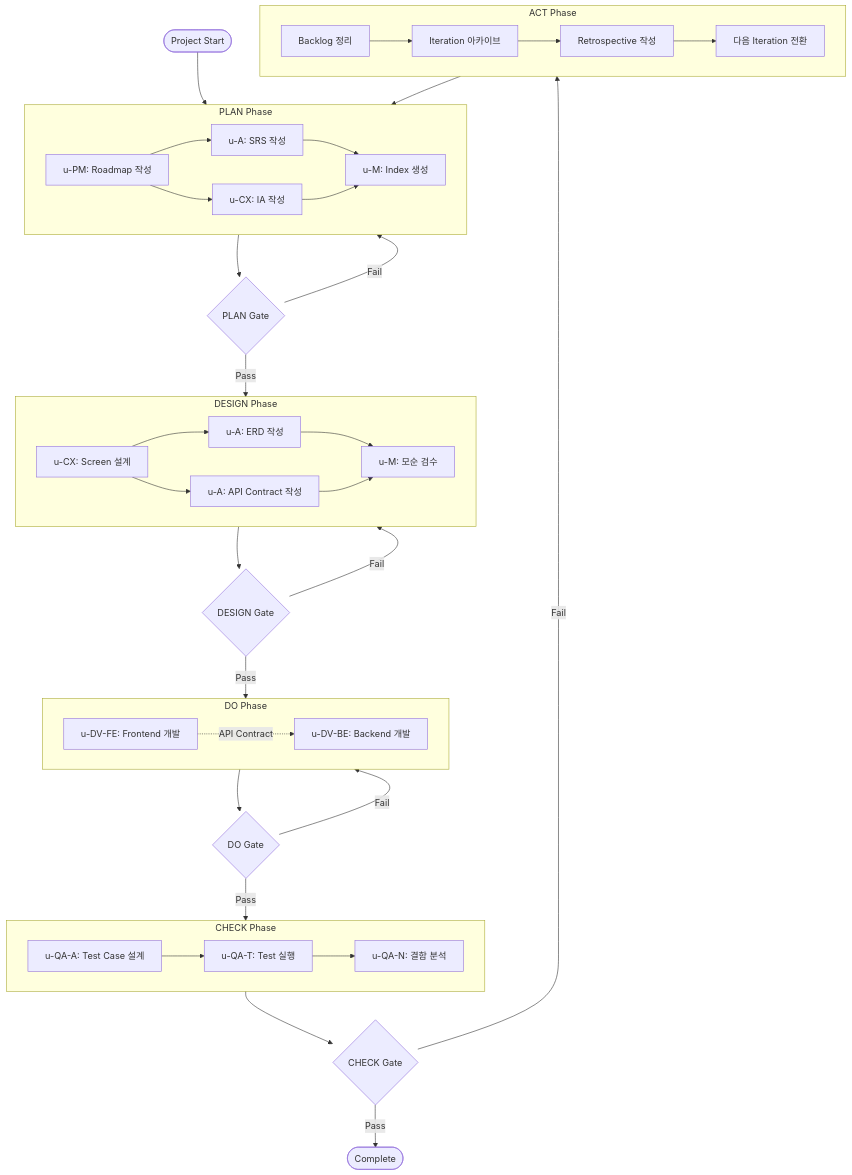
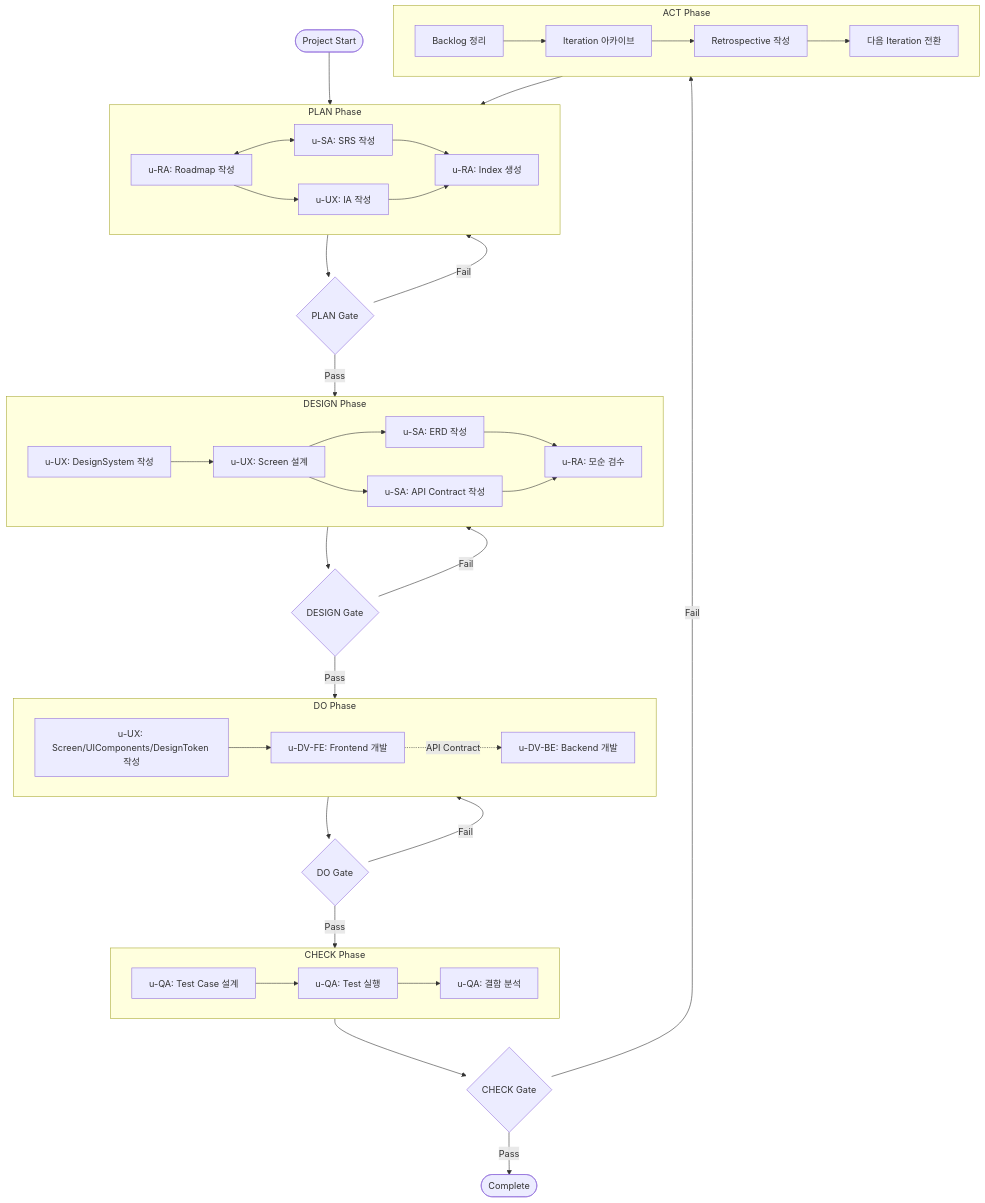
The first of 6 diagrams in references/pdca-workflow.md (upleat-ax/u-maker-plugin), drawn with Mermaid before and after one commit. The commit also changed other lines of this file and 61 other files, not shown here.

````diff
--- a/references/pdca-workflow.md
+++ b/references/pdca-workflow.md
@@ -10,68 +10,72 @@
 ```mermaid
 flowchart TD
     START([Project Start]) --> PLAN
 
     subgraph PLAN["PLAN Phase"]
-        P1[u-PM: Roadmap 작성]
-        P2[u-A: SRS 작성]
-        P3[u-CX: IA 작성]
-        P4[u-M: Index 생성]
-        P1 --> P2
+        P1[u-RA: Roadmap 작성]
+        P2[u-SA: SRS 작성]
+        P3[u-UX: IA 작성]
+        P4[u-RA: Index 생성]
+        P1 <--> P2
         P1 --> P3
         P2 --> P4
         P3 --> P4
     end
 
     PLAN --> GATE1{PLAN Gate}
     GATE1 -->|Pass| DESIGN
     GATE1 -->|Fail| PLAN
 
     subgraph DESIGN["DESIGN Phase"]
-        D1[u-CX: Screen 설계]
-        D2[u-A: ERD 작성]
-        D3[u-A: API Contract 작성]
-        D4[u-M: 모순 검수]
+        D1[u-UX: DesignSystem 작성]
+        D2[u-UX: Screen 설계]
+        D3[u-SA: ERD 작성]
+        D4[u-SA: API Contract 작성]
+        D5[u-RA: 모순 검수]
         D1 --> D2
-        D1 --> D3
+        D2 --> D3
         D2 --> D4
-        D3 --> D4
+        D3 --> D5
+        D4 --> D5
     end
 
     DESIGN --> GATE2{DESIGN Gate}
     GATE2 -->|Pass| DO
     GATE2 -->|Fail| DESIGN
 
     subgraph DO["DO Phase"]
-        DO1[u-DV-FE: Frontend 개발]
-        DO2[u-DV-BE: Backend 개발]
-        DO1 -.->|API Contract| DO2
+        DO1[u-UX: Screen/UIComponents/DesignToken 작성]
+        DO2[u-DV-FE: Frontend 개발]
+        DO3[u-DV-BE: Backend 개발]
+        DO1 --> DO2
+        DO2 -.->|API Contract| DO3
     end
 
     DO --> GATE3{DO Gate}
     GATE3 -->|Pass| CHECK
     GATE3 -->|Fail| DO
 
     subgraph CHECK["CHECK Phase"]
-        C1[u-QA-A: Test Case 설계]
-        C2[u-QA-T: Test 실행]
-        C3[u-QA-N: 결함 분석]
+        C1[u-QA: Test Case 설계]
+        C2[u-QA: Test 실행]
+        C3[u-QA: 결함 분석]
         C1 --> C2
         C2 --> C3
     end
 
     CHECK --> GATE4{CHECK Gate}
     GATE4 -->|Pass| DONE([Complete])
     GATE4 -->|Fail| ACT
 
     subgraph ACT["ACT Phase"]
         A1[Backlog 정리]
         A2[Iteration 아카이브]
         A3[Retrospective 작성]
         A4[다음 Iteration 전환]
         A1 --> A2
         A2 --> A3
         A3 --> A4
     end
 
     ACT --> PLAN
 ```
````
